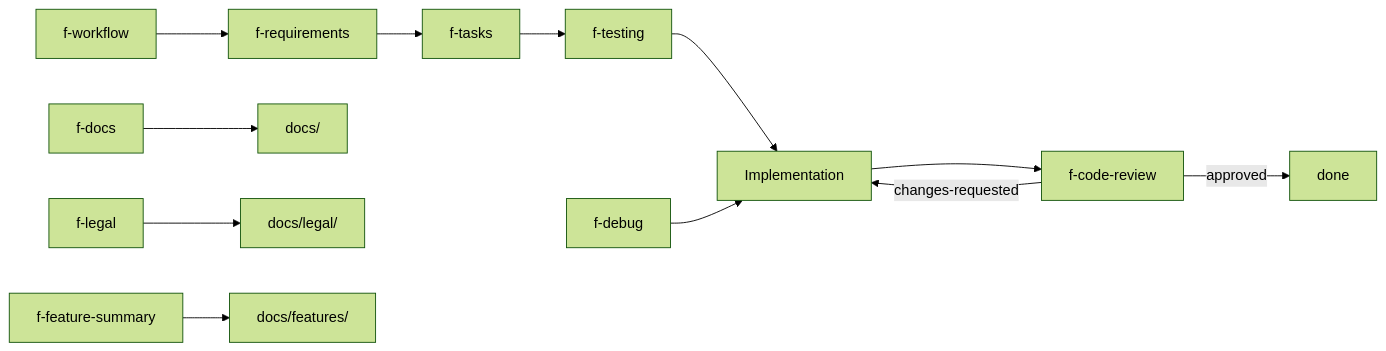
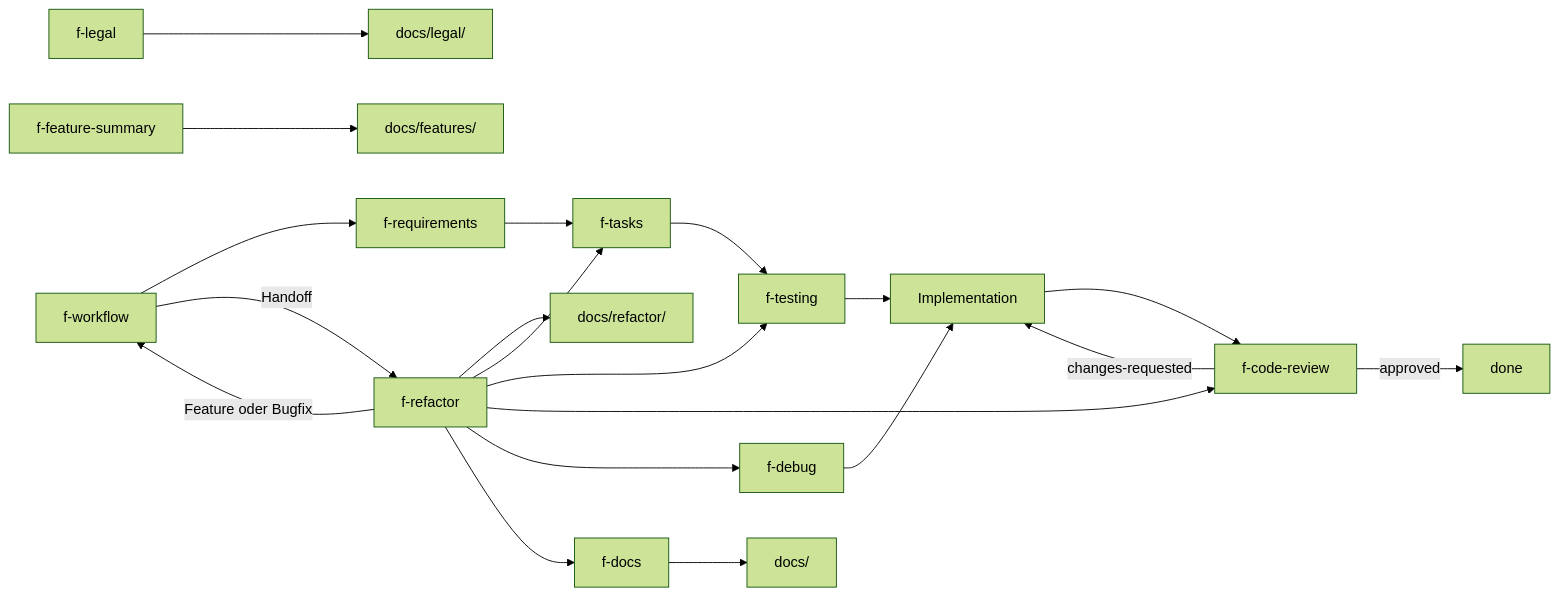
The diagram in docs/architecture.md (fuellner/acf), drawn with Mermaid (forest theme) before and after one commit. The commit also changed other lines of this file and 59 other files, not shown here.

````diff
--- a/docs/architecture.md
+++ b/docs/architecture.md
@@ -29,14 +31,22 @@
 ```mermaid
 flowchart LR
   A[f-workflow] --> B[f-requirements]
   B --> C[f-tasks]
   C --> D[f-testing]
   D --> E[Implementation]
   E --> F[f-code-review]
   F -->|changes-requested| E
   F -->|approved| G[done]
   H[f-debug] --> E
   I[f-docs] --> J[docs/]
   K[f-legal] --> L[docs/legal/]
   M[f-feature-summary] --> N[docs/features/]
+  A -->|Handoff| O[f-refactor]
+  O -->|Feature oder Bugfix| A
+  O --> P[docs/refactor/]
+  O --> C
+  O --> D
+  O --> F
+  O --> H
+  O --> I
 ```
````
